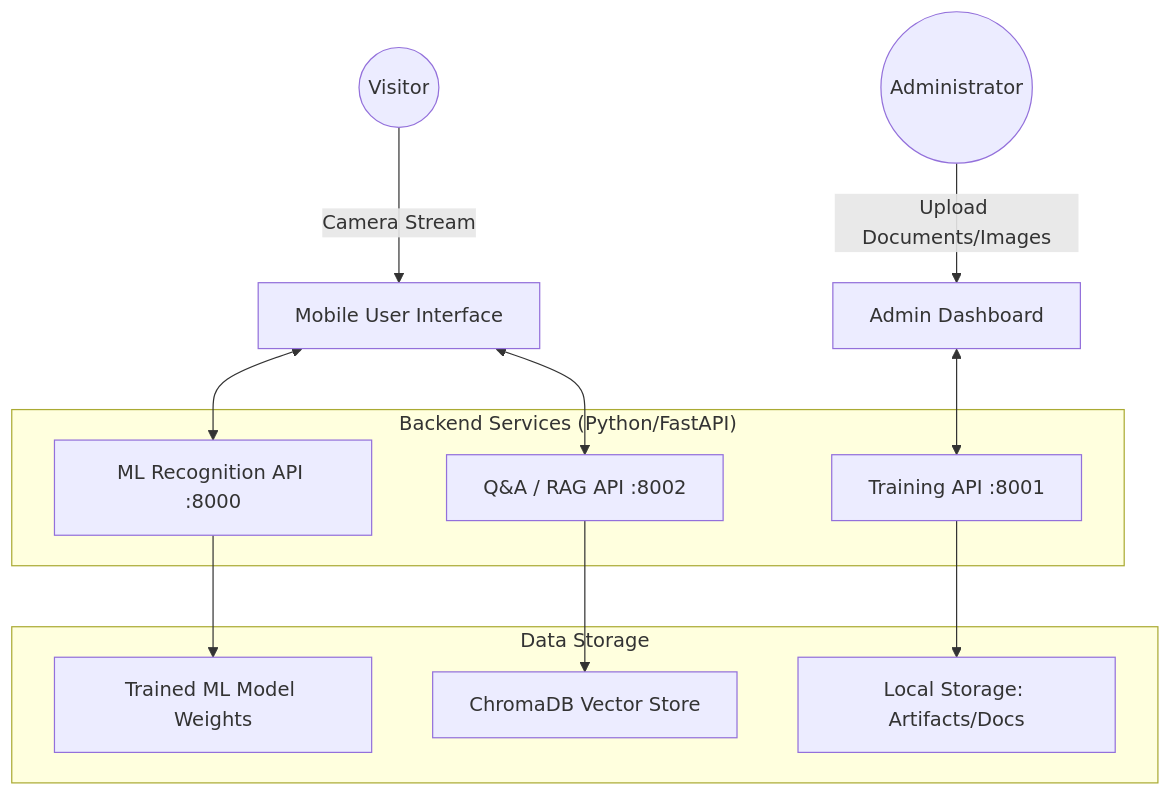
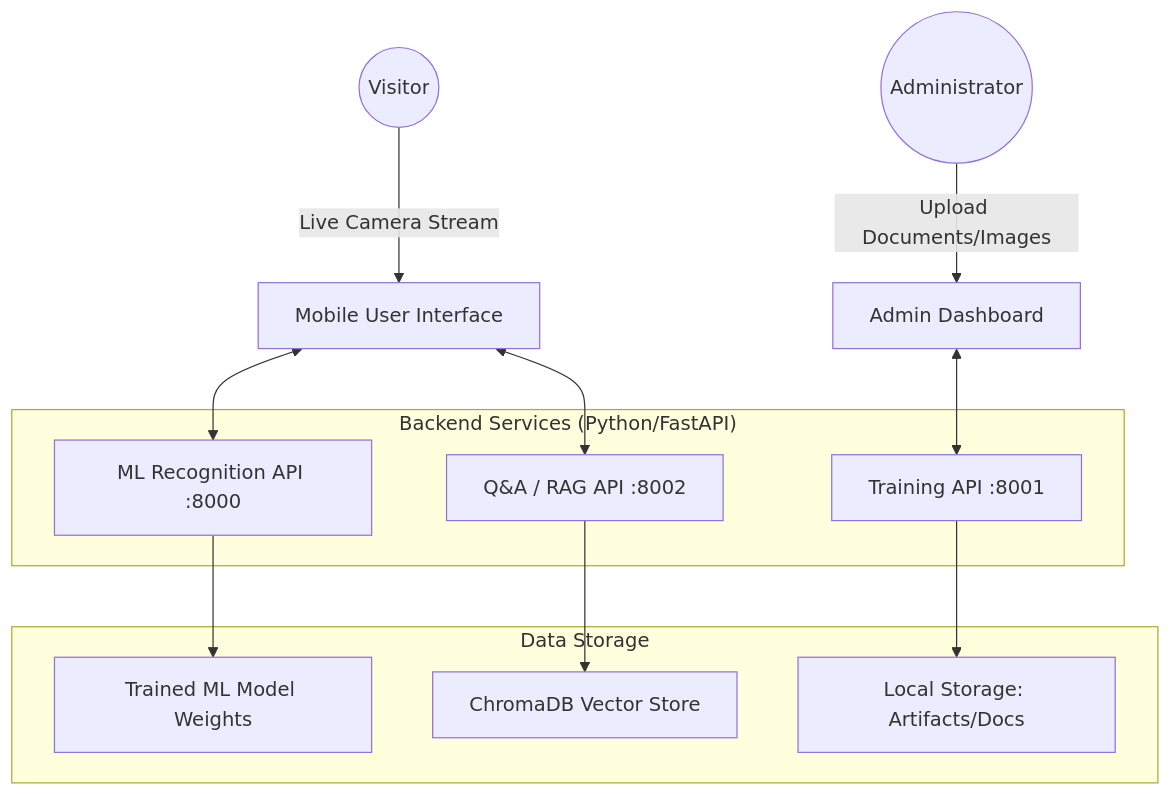
The first of 3 diagrams in PROJECT_DOCUMENTATION.md (gowsrini2004/ar-museum-guide), drawn with Mermaid before and after one commit. The commit also changed other lines of this file and 26 other files, not shown here.

````diff
--- a/PROJECT_DOCUMENTATION.md
+++ b/PROJECT_DOCUMENTATION.md
@@ -10,25 +10,25 @@
 ```mermaid
 graph TD
-    User((Visitor)) -->|Camera Stream| MobileView[Mobile User Interface]
+    User((Visitor)) -->|Live Camera Stream| MobileView[Mobile User Interface]
     Admin((Administrator)) -->|Upload Documents/Images| AdminPanel[Admin Dashboard]
     
     subgraph "Backend Services (Python/FastAPI)"
         MLAPI[ML Recognition API :8000]
         TrainAPI[Training API :8001]
         QAAPI[Q&A / RAG API :8002]
     end
     
     subgraph "Data Storage"
         Chroma[ChromaDB Vector Store]
         LocalFiles[Local Storage: Artifacts/Docs]
         ModelFiles[Trained ML Model Weights]
     end
     
     MobileView <--> MLAPI
     MobileView <--> QAAPI
     AdminPanel <--> TrainAPI
     
     TrainAPI --> LocalFiles
     QAAPI --> Chroma
     MLAPI --> ModelFiles
 ```
````
